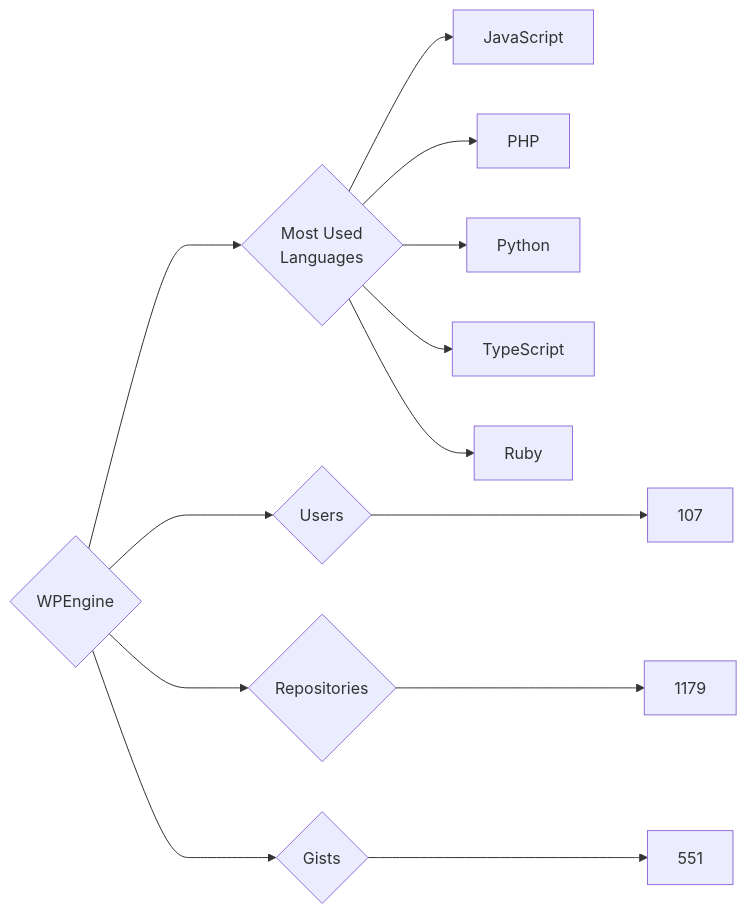
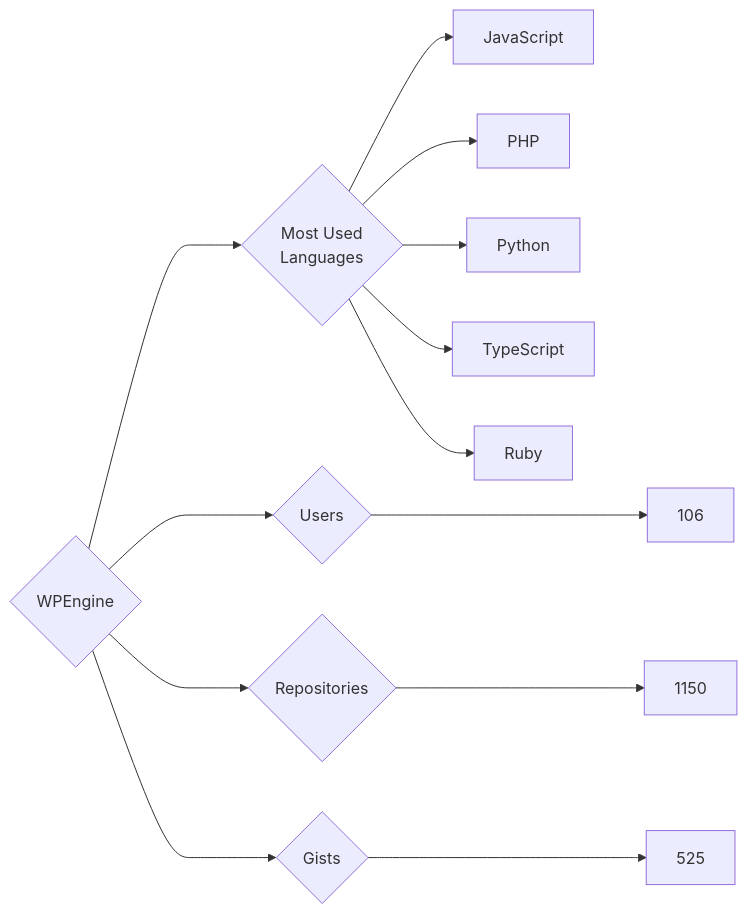
The diagram in targets/WPEngine/README.md (trickest/insiders), drawn with Mermaid before and after one commit. The commit also changed 940 other files, not shown here.

````diff
--- a/targets/WPEngine/README.md
+++ b/targets/WPEngine/README.md
@@ -3,13 +3,13 @@
 ```mermaid
 graph LR
 COMPANY_NAME{WPEngine}
-COMPANY_NAME ---> U{Users} ---> UN[107]
-COMPANY_NAME ---> R{Repositories} ---> RN[1179]
-COMPANY_NAME ---> G{Gists} ---> GN[551]
+COMPANY_NAME ---> U{Users} ---> UN[106]
+COMPANY_NAME ---> R{Repositories} ---> RN[1150]
+COMPANY_NAME ---> G{Gists} ---> GN[525]
 COMPANY_NAME ---> ML{Most Used<br>Languages}
 ML --> JavaScript[JavaScript]
 ML --> PHP[PHP]
 ML --> Python[Python]
 ML --> TypeScript[TypeScript]
 ML --> Ruby[Ruby]
 ```
````
